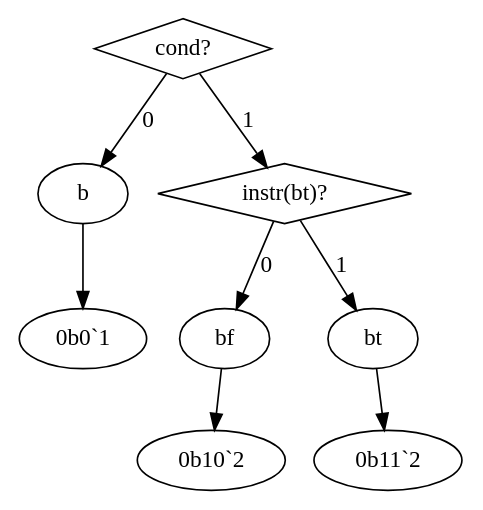
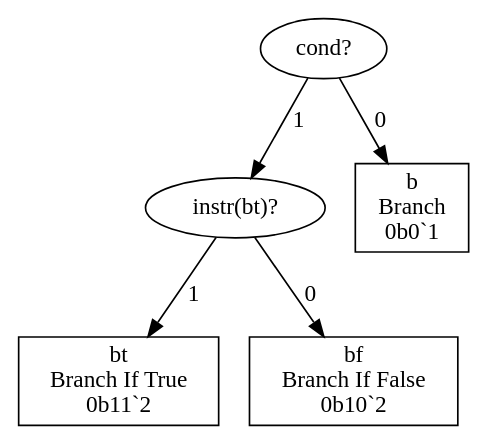
The diagram in src/graphs/b.dot (eignnx/SPRIND), drawn with Graphviz before and after one commit. The commit also changed 9 other files, not shown here.

```diff
--- a/src/graphs/b.dot
+++ b/src/graphs/b.dot
@@ -1,14 +1,17 @@
 digraph "Format b" {
-  "cond_15537093" [label = "cond?", shape = diamond];
+  "cond_15537093" [label = "cond?", shape = ellipse];
+  "cond_15537093" -> "instr(bt)_2981130" [label = "1"];
   "cond_15537093" -> "b_5886451" [label = "0"];
-  "cond_15537093" -> "instr(bt)_2981130" [label = "1"];
-  "b_5886451" [label = "b"];
-  "b_5886451" -> "0b0`1"
-  "instr(bt)_2981130" [label = "instr(bt)?", shape = diamond];
+  "instr(bt)_2981130" [label = "instr(bt)?", shape = ellipse];
+  "instr(bt)_2981130" -> "bt_15089679" [label = "1"];
   "instr(bt)_2981130" -> "bf_8755250" [label = "0"];
-  "instr(bt)_2981130" -> "bt_15089679" [label = "1"];
-  "bf_8755250" [label = "bf"];
-  "bf_8755250" -> "0b10`2"
-  "bt_15089679" [label = "bt"];
-  "bt_15089679" -> "0b11`2"
+  "bt_15089679" [label = "bt
+Branch If True
+0b11`2", shape = rectangle];
+  "bf_8755250" [label = "bf
+Branch If False
+0b10`2", shape = rectangle];
+  "b_5886451" [label = "b
+Branch
+0b0`1", shape = rectangle];
 }
```
